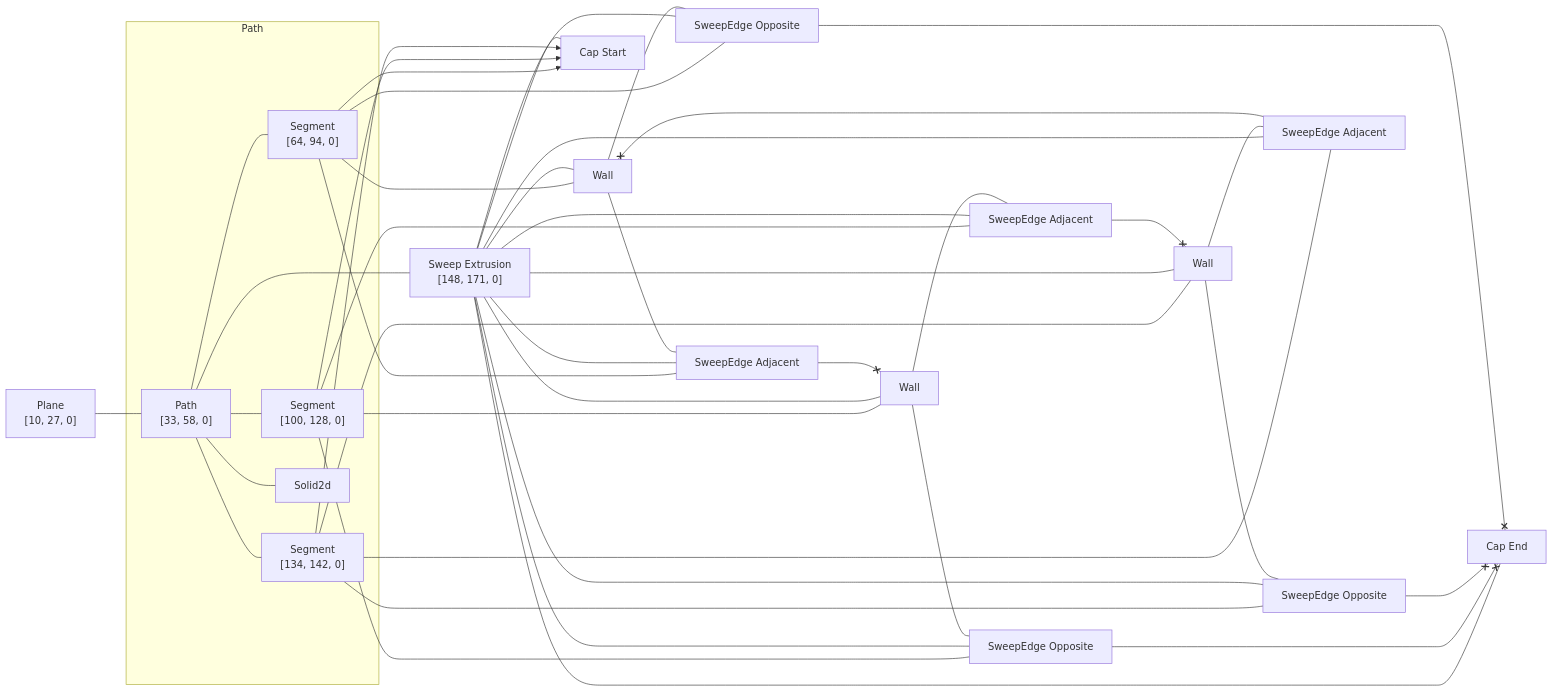
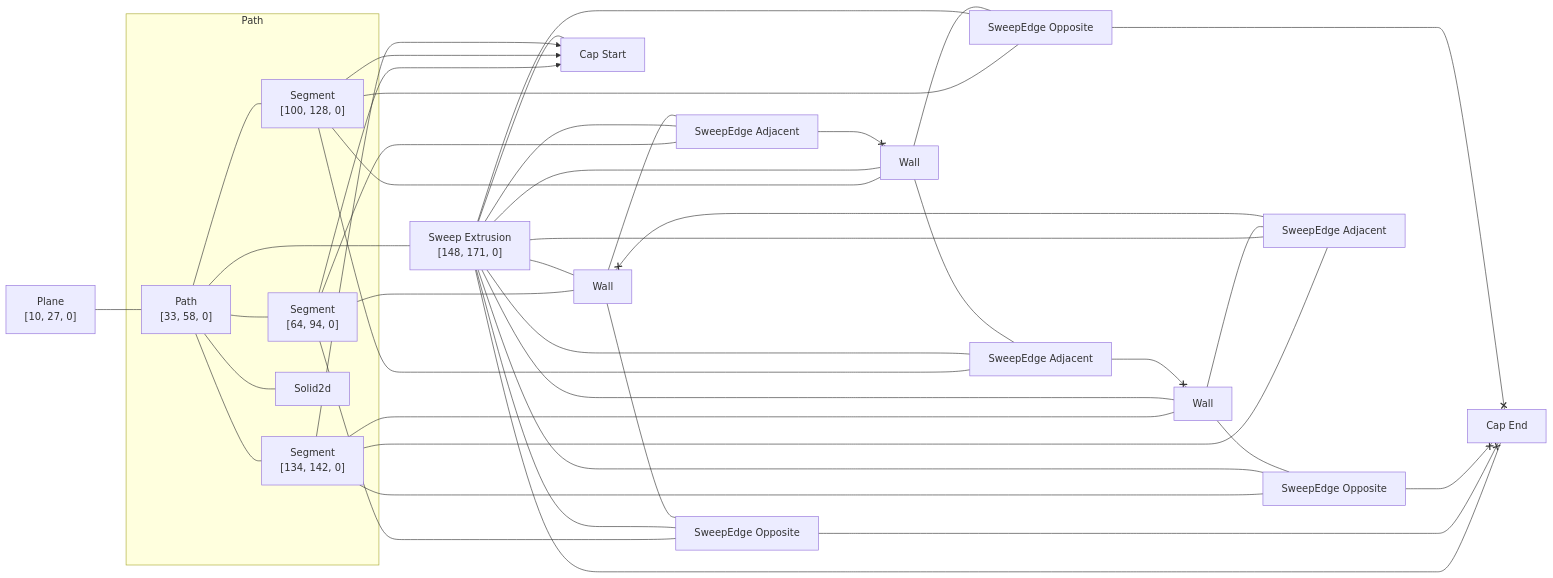
Before and after one commit to rajgandhi1/modeling-app: the diagram in rust/kcl-lib/tests/xz_plane/artifact_graph_flowchart.snap.md, drawn with Mermaid. The commit also changed 110 other files, not shown here.

````diff
--- a/rust/kcl-lib/tests/xz_plane/artifact_graph_flowchart.snap.md
+++ b/rust/kcl-lib/tests/xz_plane/artifact_graph_flowchart.snap.md
@@ -1,64 +1,64 @@
 ```mermaid
 flowchart LR
   subgraph path2 [Path]
     2["Path<br>[33, 58, 0]"]
     3["Segment<br>[64, 94, 0]"]
     4["Segment<br>[100, 128, 0]"]
     5["Segment<br>[134, 142, 0]"]
     6[Solid2d]
   end
   1["Plane<br>[10, 27, 0]"]
   7["Sweep Extrusion<br>[148, 171, 0]"]
   8[Wall]
   9[Wall]
   10[Wall]
   11["Cap Start"]
   12["Cap End"]
   13["SweepEdge Opposite"]
   14["SweepEdge Opposite"]
   15["SweepEdge Opposite"]
   16["SweepEdge Adjacent"]
   17["SweepEdge Adjacent"]
   18["SweepEdge Adjacent"]
   1 --- 2
   2 --- 3
   2 --- 4
   2 --- 5
   2 --- 6
   2 ---- 7
   3 --- 10
   3 x--> 11
-  3 --- 15
-  3 --- 18
+  3 --- 13
+  3 --- 16
   4 --- 9
   4 x--> 11
-  4 --- 13
+  4 --- 15
   4 --- 17
   5 --- 8
   5 x--> 11
   5 --- 14
-  5 --- 16
+  5 --- 18
   7 --- 8
   7 --- 9
   7 --- 10
   7 --- 11
   7 --- 12
   7 --- 13
   7 --- 14
   7 --- 15
   7 --- 16
   7 --- 17
   7 --- 18
   8 --- 14
-  8 --- 16
   17 <--x 8
-  9 --- 13
+  8 --- 18
+  9 --- 15
+  16 <--x 9
   9 --- 17
-  18 <--x 9
-  10 --- 15
-  16 <--x 10
-  10 --- 18
+  10 --- 13
+  10 --- 16
+  18 <--x 10
   13 <--x 12
   14 <--x 12
   15 <--x 12
 ```
````
